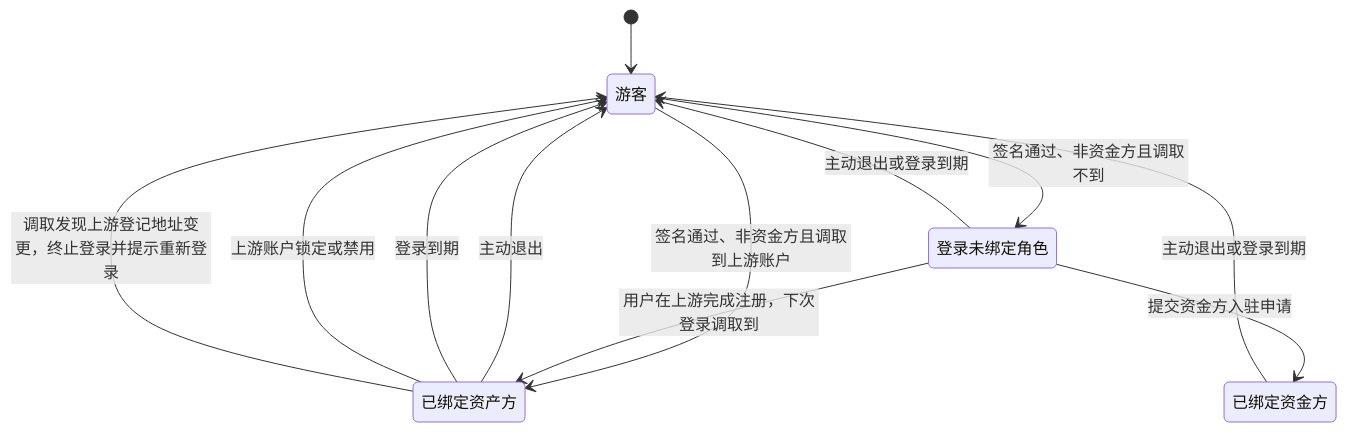
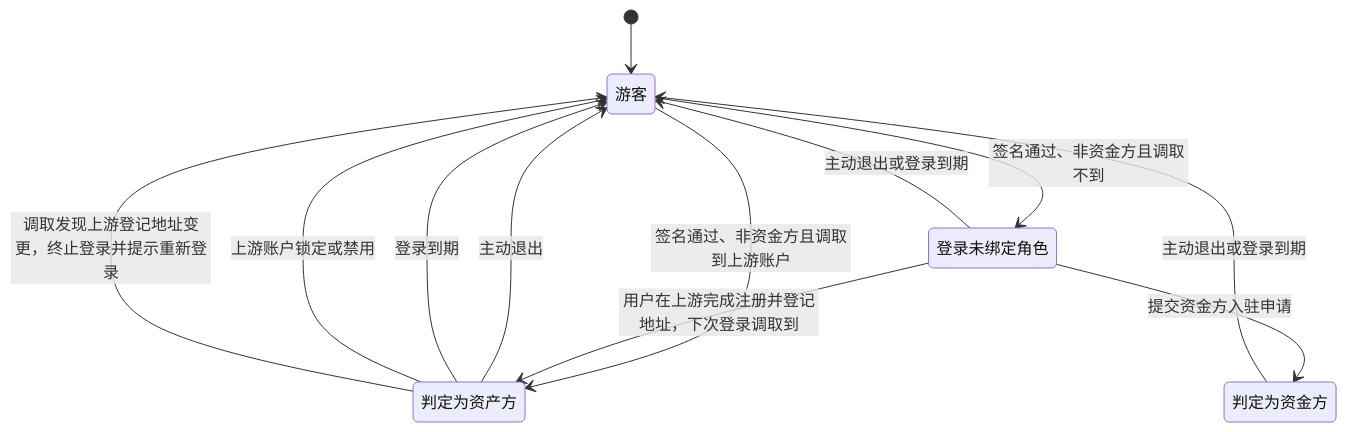
One commit to wxblockchain/Chain-Financing changed the third of 7 diagrams in lending-platform/PRD/v2.0-登录与账户体系/02-登录主干与资产方SSO接入-流程图与状态机.md. Above: the diagram before and after it, drawn with Mermaid. The commit also changed other lines of this file and 4 other files, not shown here.

````diff
--- a/lending-platform/PRD/v2.0-登录与账户体系/02-登录主干与资产方SSO接入-流程图与状态机.md
+++ b/lending-platform/PRD/v2.0-登录与账户体系/02-登录主干与资产方SSO接入-流程图与状态机.md
@@ -72,14 +73,14 @@
 ```mermaid
 stateDiagram-v2
     [*] --> 游客
     游客 --> 登录未绑定角色: 签名通过、非资金方且调取不到
-    游客 --> 已绑定资产方: 签名通过、非资金方且调取到上游账户
-    登录未绑定角色 --> 已绑定资产方: 用户在上游完成注册，下次登录调取到
-    登录未绑定角色 --> 已绑定资金方: 提交资金方入驻申请
+    游客 --> 判定为资产方: 签名通过、非资金方且调取到上游账户
+    登录未绑定角色 --> 判定为资产方: 用户在上游完成注册并登记地址，下次登录调取到
+    登录未绑定角色 --> 判定为资金方: 提交资金方入驻申请
     登录未绑定角色 --> 游客: 主动退出或登录到期
-    已绑定资产方 --> 游客: 主动退出
-    已绑定资产方 --> 游客: 登录到期
-    已绑定资产方 --> 游客: 上游账户锁定或禁用
-    已绑定资产方 --> 游客: 调取发现上游登记地址变更，终止登录并提示重新登录
-    已绑定资金方 --> 游客: 主动退出或登录到期
+    判定为资产方 --> 游客: 主动退出
+    判定为资产方 --> 游客: 登录到期
+    判定为资产方 --> 游客: 上游账户锁定或禁用
+    判定为资产方 --> 游客: 调取发现上游登记地址变更，终止登录并提示重新登录
+    判定为资金方 --> 游客: 主动退出或登录到期
 ```
````
